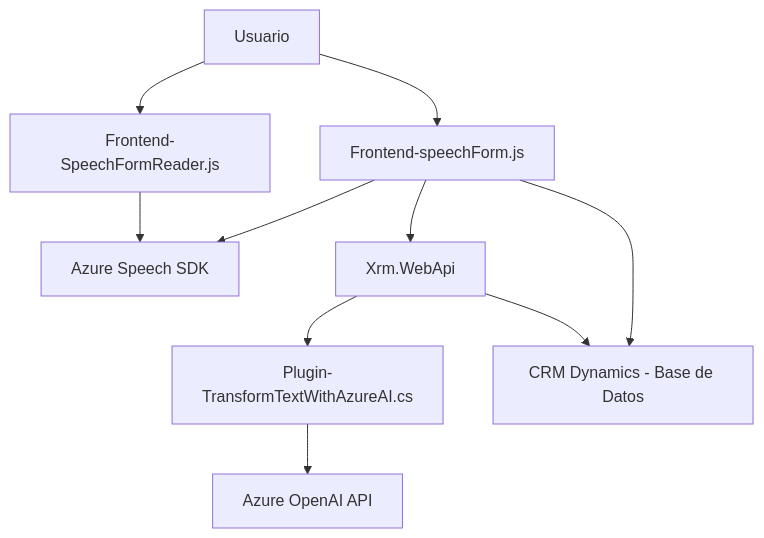
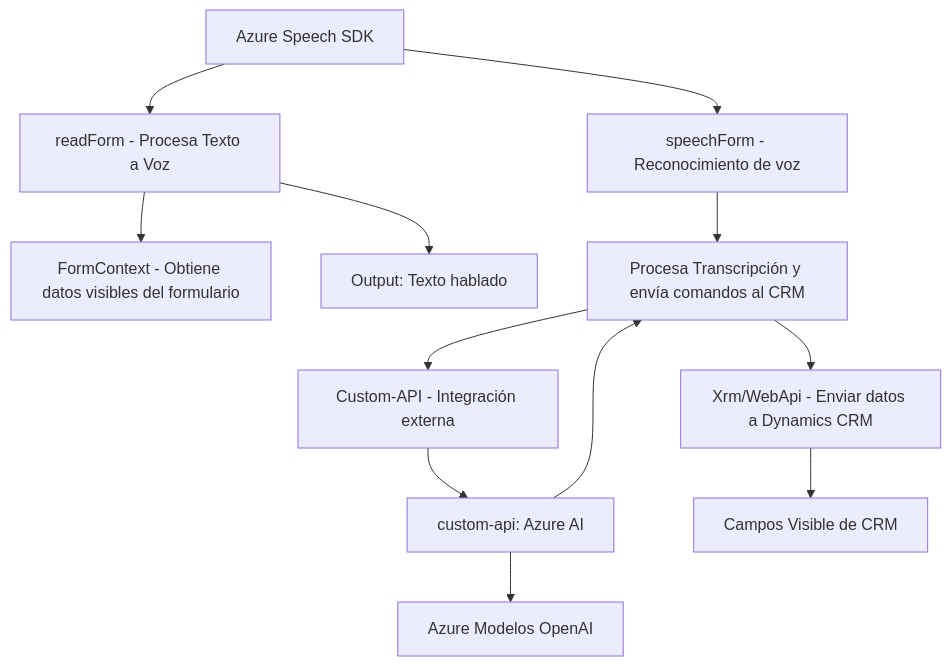
One commit to blopezdm/NETCORE_BILBAO2025 changed the diagram in README.md. Above: the diagram before and after it, drawn with Mermaid. The commit also changed other lines of this file, not shown here.

````diff
--- a/README.md
+++ b/README.md
@@ -43,12 +35,14 @@
 ```mermaid
 graph TD
-    A[Usuario] --> B[Frontend-SpeechFormReader.js]
-    A --> C[Frontend-speechForm.js]
-    B --> D["Azure Speech SDK"]
-    C --> D["Azure Speech SDK"]
-    C --> E["Xrm.WebApi"]
-    E --> F[Plugin-TransformTextWithAzureAI.cs]
-    F --> G["Azure OpenAI API"]
-    E --> H[CRM Dynamics - Base de Datos]
-    C --> H[CRM Dynamics - Base de Datos]
+    A["Azure Speech SDK"] --> B["readForm - Procesa Texto a Voz"]
+    B --> C["FormContext - Obtiene datos visibles del formulario"]
+    A --> D["speechForm - Reconocimiento de voz"]
+    B --> E["Output: Texto hablado"]
+    D --> F["Procesa Transcripción y envía comandos al CRM"]
+    F --> G["Xrm/WebApi - Enviar datos a Dynamics CRM"]
+    F --> H["Custom-API - Integración externa"]
+    H --> I["custom-api: Azure AI"]
+    G --> J["Campos Visible de CRM"]
+    I --> F
+    I --> K["Azure Modelos OpenAI"]
 ```
````
